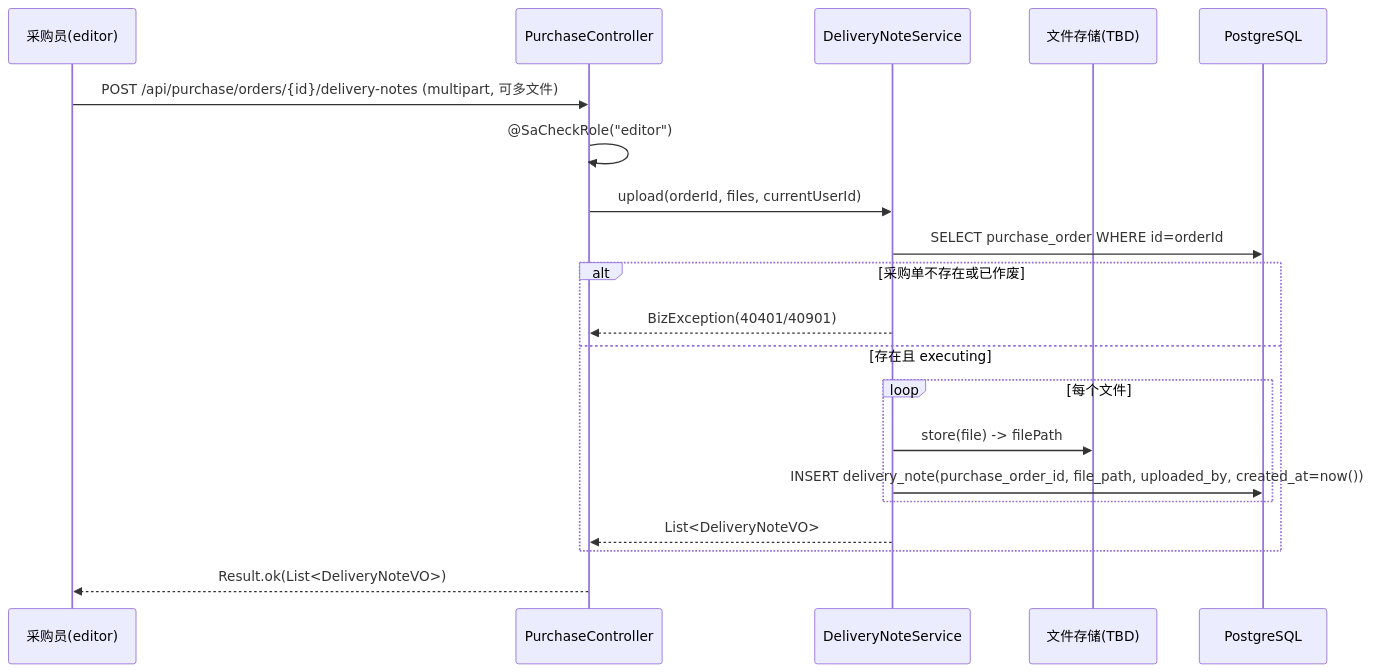
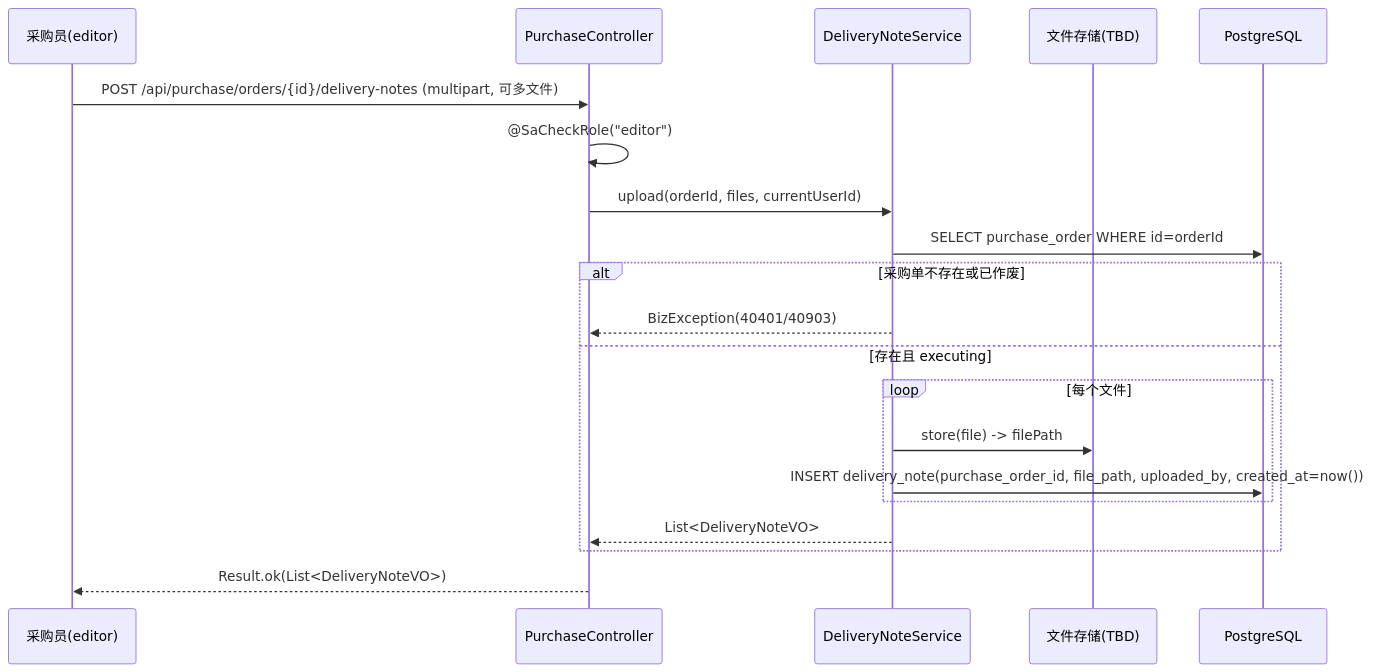
Before and after one commit to jamesking-sys/purchase: the second of 3 diagrams in docs/design/detail/U8-purchase-execute.md, drawn with Mermaid. The commit also changed other lines of this file and 172 other files, not shown here.

````diff
--- a/docs/design/detail/U8-purchase-execute.md
+++ b/docs/design/detail/U8-purchase-execute.md
@@ -87,22 +87,22 @@
 ```mermaid
 sequenceDiagram
     participant U as 采购员(editor)
     participant C as PurchaseController
     participant S as DeliveryNoteService
     participant FS as 文件存储(TBD)
     participant DB as PostgreSQL
     U->>C: POST /api/purchase/orders/{id}/delivery-notes (multipart, 可多文件)
     C->>C: @SaCheckRole("editor")
     C->>S: upload(orderId, files, currentUserId)
     S->>DB: SELECT purchase_order WHERE id=orderId
     alt 采购单不存在或已作废
-        S-->>C: BizException(40401/40901)
+        S-->>C: BizException(40401/40903)
     else 存在且 executing
         loop 每个文件
             S->>FS: store(file) -> filePath
             S->>DB: INSERT delivery_note(purchase_order_id, file_path, uploaded_by, created_at=now())
         end
         S-->>C: List<DeliveryNoteVO>
     end
     C-->>U: Result.ok(List<DeliveryNoteVO>)
 ```
````
